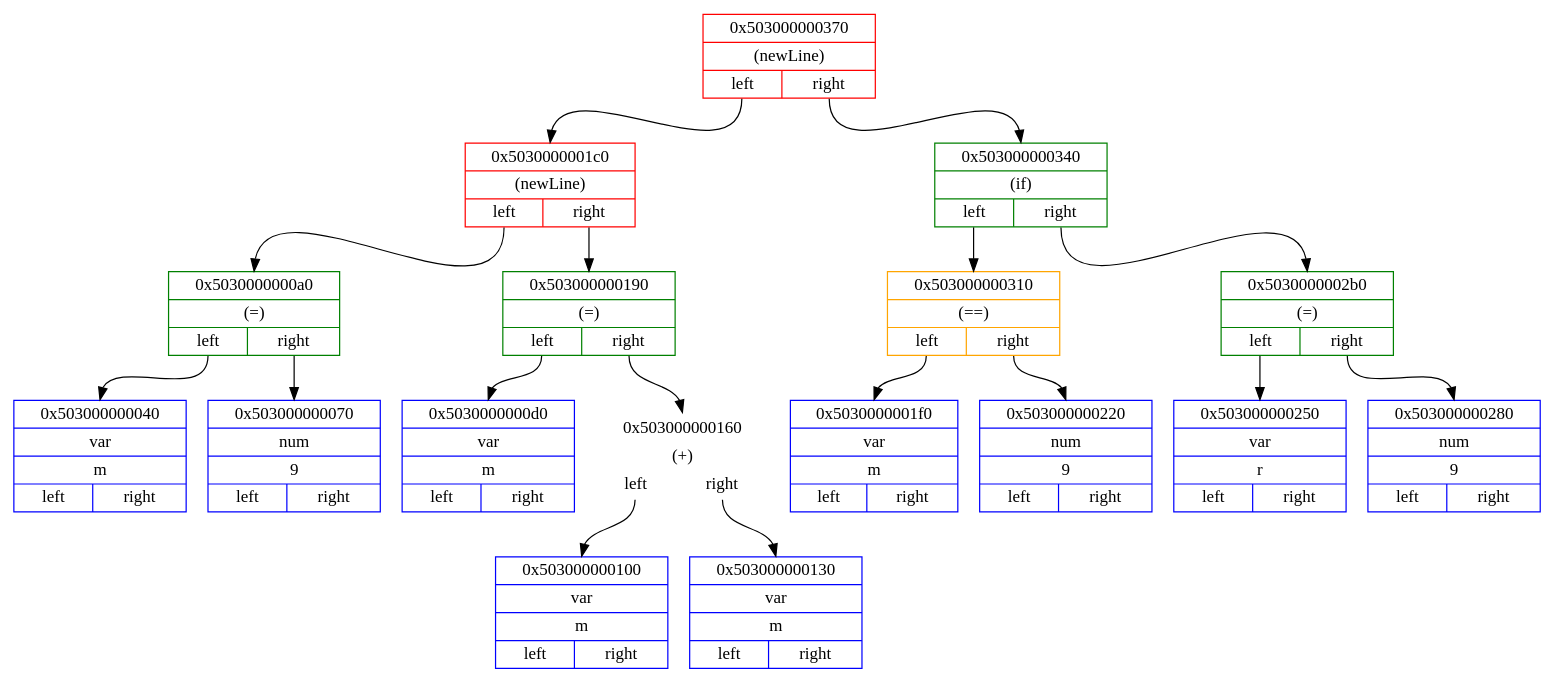
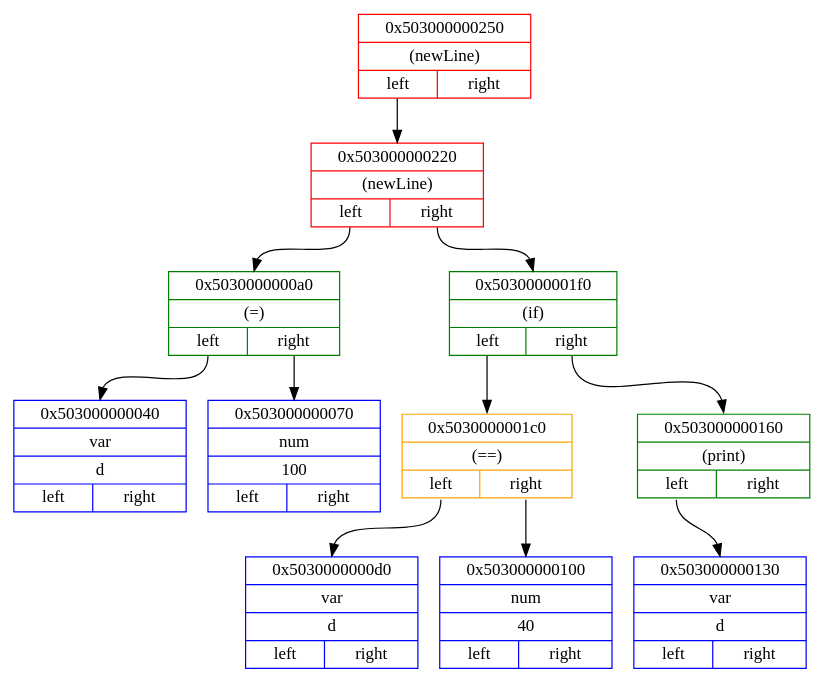
Before and after one commit to Matvey787/myProgLanguage: the diagram in predprocessingTree.dot, drawn with Graphviz. The commit also changed 611 other files, not shown here.

```diff
--- a/predprocessingTree.dot
+++ b/predprocessingTree.dot
@@ -1,38 +1,26 @@
 digraph
 { 
 rankdir=HR;
 
-node0x503000000370 [ shape=record, color = red rank = 1, label= "{ 0x503000000370 | (newLine) | {<n0x503000000370_l> left | <n0x503000000370_r> right}} " ];
-node0x5030000001c0 [ shape=record, color = red rank = 2, label= "{ 0x5030000001c0 | (newLine) | {<n0x5030000001c0_l> left | <n0x5030000001c0_r> right}} " ];
-node0x5030000000a0 [ shape=record, color = green rank = 3, label= "{ 0x5030000000a0 | (=) | {<n0x5030000000a0_l> left | <n0x5030000000a0_r> right}} " ];
-node0x503000000040 [ shape=record, color = blue rank = 4, label= "{ 0x503000000040 | var | m | {<n0x503000000040_l> left | <n0x503000000040_r> right}} " ];
+node0x503000000250 [ shape=record, color = red rank = 1, label= "{ 0x503000000250 | (newLine) |         {<n0x503000000250_l> left | <n0x503000000250_r> right}} " ];
+node0x503000000220 [ shape=record, color = red rank = 2, label= "{ 0x503000000220 | (newLine) |         {<n0x503000000220_l> left | <n0x503000000220_r> right}} " ];
+node0x5030000000a0 [ shape=record, color = green rank = 3, label= "{ 0x5030000000a0 | (=) |         {<n0x5030000000a0_l> left | <n0x5030000000a0_r> right}} " ];
+node0x503000000040 [ shape=record, color = blue rank = 4, label= "{ 0x503000000040 | var | d |         {<n0x503000000040_l> left | <n0x503000000040_r> right}} " ];
 node0x5030000000a0:<n0x5030000000a0_l>:s -> node0x503000000040:n [ color = black; ]
-node0x503000000070 [ shape=record, color = blue rank = 5, label= "{ 0x503000000070 | num | 9 | {<n0x503000000070_l> left | <n0x503000000070_r> right}} " ];
+node0x503000000070 [ shape=record, color = blue rank = 5, label= "{ 0x503000000070 | num | 100 |         {<n0x503000000070_l> left | <n0x503000000070_r> right}} " ];
 node0x5030000000a0:<n0x5030000000a0_r>:s -> node0x503000000070:n [ color = black; ]
-node0x5030000001c0:<n0x5030000001c0_l>:s -> node0x5030000000a0:n [ color = black; ]
-node0x503000000190 [ shape=record, color = green rank = 4, label= "{ 0x503000000190 | (=) | {<n0x503000000190_l> left | <n0x503000000190_r> right}} " ];
-node0x5030000000d0 [ shape=record, color = blue rank = 5, label= "{ 0x5030000000d0 | var | m | {<n0x5030000000d0_l> left | <n0x5030000000d0_r> right}} " ];
-node0x503000000190:<n0x503000000190_l>:s -> node0x5030000000d0:n [ color = black; ]
-node0x503000000160 [ shape=record, color = white rank = 6, label= "{ 0x503000000160 | (+) | {<n0x503000000160_l> left | <n0x503000000160_r> right}} " ];
-node0x503000000100 [ shape=record, color = blue rank = 7, label= "{ 0x503000000100 | var | m | {<n0x503000000100_l> left | <n0x503000000100_r> right}} " ];
-node0x503000000160:<n0x503000000160_l>:s -> node0x503000000100:n [ color = black; ]
-node0x503000000130 [ shape=record, color = blue rank = 8, label= "{ 0x503000000130 | var | m | {<n0x503000000130_l> left | <n0x503000000130_r> right}} " ];
-node0x503000000160:<n0x503000000160_r>:s -> node0x503000000130:n [ color = black; ]
-node0x503000000190:<n0x503000000190_r>:s -> node0x503000000160:n [ color = black; ]
-node0x5030000001c0:<n0x5030000001c0_r>:s -> node0x503000000190:n [ color = black; ]
-node0x503000000370:<n0x503000000370_l>:s -> node0x5030000001c0:n [ color = black; ]
-node0x503000000340 [ shape=record, color = green rank = 3, label= "{ 0x503000000340 | (if) | {<n0x503000000340_l> left | <n0x503000000340_r> right}} " ];
-node0x503000000310 [ shape=record, color = orange rank = 4, label= "{ 0x503000000310 | (==) | {<n0x503000000310_l> left | <n0x503000000310_r> right}} " ];
-node0x5030000001f0 [ shape=record, color = blue rank = 5, label= "{ 0x5030000001f0 | var | m | {<n0x5030000001f0_l> left | <n0x5030000001f0_r> right}} " ];
-node0x503000000310:<n0x503000000310_l>:s -> node0x5030000001f0:n [ color = black; ]
-node0x503000000220 [ shape=record, color = blue rank = 6, label= "{ 0x503000000220 | num | 9 | {<n0x503000000220_l> left | <n0x503000000220_r> right}} " ];
-node0x503000000310:<n0x503000000310_r>:s -> node0x503000000220:n [ color = black; ]
-node0x503000000340:<n0x503000000340_l>:s -> node0x503000000310:n [ color = black; ]
-node0x5030000002b0 [ shape=record, color = green rank = 5, label= "{ 0x5030000002b0 | (=) | {<n0x5030000002b0_l> left | <n0x5030000002b0_r> right}} " ];
-node0x503000000250 [ shape=record, color = blue rank = 6, label= "{ 0x503000000250 | var | r | {<n0x503000000250_l> left | <n0x503000000250_r> right}} " ];
-node0x5030000002b0:<n0x5030000002b0_l>:s -> node0x503000000250:n [ color = black; ]
-node0x503000000280 [ shape=record, color = blue rank = 7, label= "{ 0x503000000280 | num | 9 | {<n0x503000000280_l> left | <n0x503000000280_r> right}} " ];
-node0x5030000002b0:<n0x5030000002b0_r>:s -> node0x503000000280:n [ color = black; ]
-node0x503000000340:<n0x503000000340_r>:s -> node0x5030000002b0:n [ color = black; ]
-node0x503000000370:<n0x503000000370_r>:s -> node0x503000000340:n [ color = black; ]
+node0x503000000220:<n0x503000000220_l>:s -> node0x5030000000a0:n [ color = black; ]
+node0x5030000001f0 [ shape=record, color = green rank = 4, label= "{ 0x5030000001f0 | (if) |         {<n0x5030000001f0_l> left | <n0x5030000001f0_r> right}} " ];
+node0x5030000001c0 [ shape=record, color = orange rank = 5, label= "{ 0x5030000001c0 | (==) |         {<n0x5030000001c0_l> left | <n0x5030000001c0_r> right}} " ];
+node0x5030000000d0 [ shape=record, color = blue rank = 6, label= "{ 0x5030000000d0 | var | d |         {<n0x5030000000d0_l> left | <n0x5030000000d0_r> right}} " ];
+node0x5030000001c0:<n0x5030000001c0_l>:s -> node0x5030000000d0:n [ color = black; ]
+node0x503000000100 [ shape=record, color = blue rank = 7, label= "{ 0x503000000100 | num | 40 |         {<n0x503000000100_l> left | <n0x503000000100_r> right}} " ];
+node0x5030000001c0:<n0x5030000001c0_r>:s -> node0x503000000100:n [ color = black; ]
+node0x5030000001f0:<n0x5030000001f0_l>:s -> node0x5030000001c0:n [ color = black; ]
+node0x503000000160 [ shape=record, color = green rank = 6, label= "{ 0x503000000160 | (print) |         {<n0x503000000160_l> left | <n0x503000000160_r> right}} " ];
+node0x503000000130 [ shape=record, color = blue rank = 7, label= "{ 0x503000000130 | var | d |         {<n0x503000000130_l> left | <n0x503000000130_r> right}} " ];
+node0x503000000160:<n0x503000000160_l>:s -> node0x503000000130:n [ color = black; ]
+node0x5030000001f0:<n0x5030000001f0_r>:s -> node0x503000000160:n [ color = black; ]
+node0x503000000220:<n0x503000000220_r>:s -> node0x5030000001f0:n [ color = black; ]
+node0x503000000250:<n0x503000000250_l>:s -> node0x503000000220:n [ color = black; ]
 }
```
